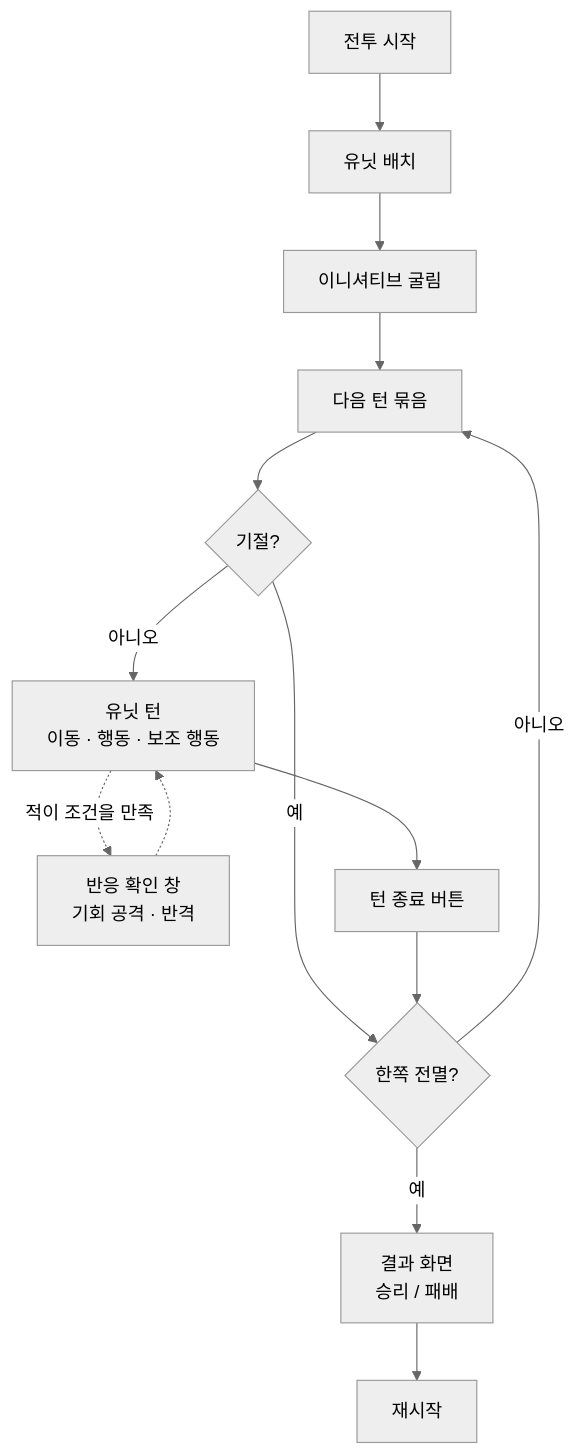
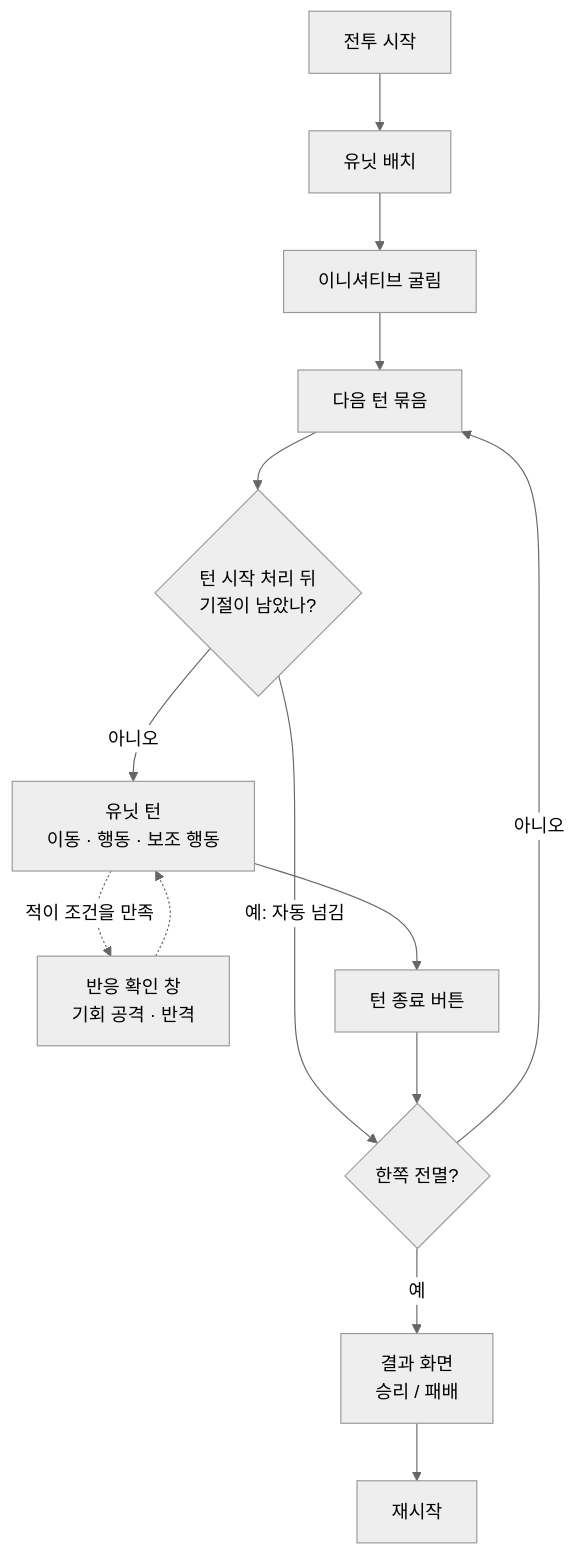
The diagram in docs/COMBAT_DESIGN.md (minjunkim-dev/BGLike), drawn with Mermaid (neutral theme) before and after one commit. The commit also changed other lines of this file and 3 other files, not shown here.

````diff
--- a/docs/COMBAT_DESIGN.md
+++ b/docs/COMBAT_DESIGN.md
@@ -87,16 +87,16 @@
 ```mermaid
 flowchart TD
     A[전투 시작] --> B[유닛 배치]
     B --> C[이니셔티브 굴림]
     C --> D[다음 턴 묶음]
-    D --> E{기절?}
-    E -- 예 --> H
+    D --> E{턴 시작 처리 뒤<br/>기절이 남았나?}
+    E -- 예: 자동 넘김 --> H
     E -- 아니오 --> F[유닛 턴<br/>이동 · 행동 · 보조 행동]
     F -. 적이 조건을 만족 .-> R[반응 확인 창<br/>기회 공격 · 반격]
     R -.-> F
     F --> G[턴 종료 버튼]
     G --> H{한쪽 전멸?}
     H -- 아니오 --> D
     H -- 예 --> I[결과 화면<br/>승리 / 패배]
     I --> J[재시작]
 ```
````
